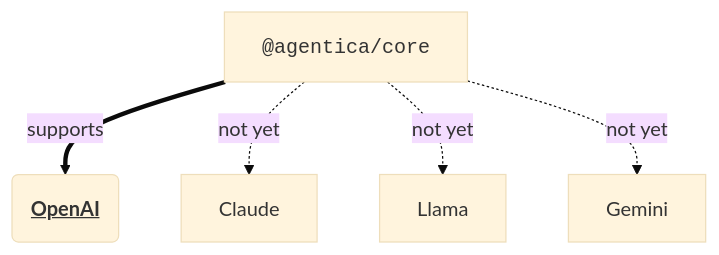
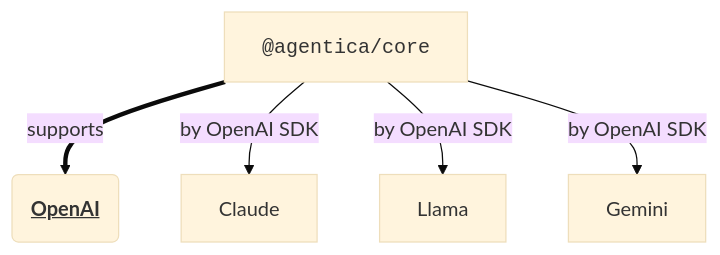
The diagram in README.md (wrtnlabs/agentica), drawn with Mermaid (base theme) before and after one commit. The commit also changed other lines of this file and 54 other files, not shown here.

Commit message:
Support every LLM models by OpenAI SDK

````diff
--- a/README.md
+++ b/README.md
@@ -106,12 +106,12 @@
 ```mermaid
 flowchart
 Agent["<code>@agentica/core</code>"]
 OpenAI("<b><u>OpenAI</u></b>")
 Claude
 Llama
 Gemini
 Agent==supports==>OpenAI
-Agent-.not yet.->Claude
-Agent-.not yet.->Llama
-Agent-.not yet.->Gemini
+Agent--by OpenAI SDK-->Claude
+Agent--by OpenAI SDK-->Llama
+Agent--by OpenAI SDK-->Gemini
 ```
````
